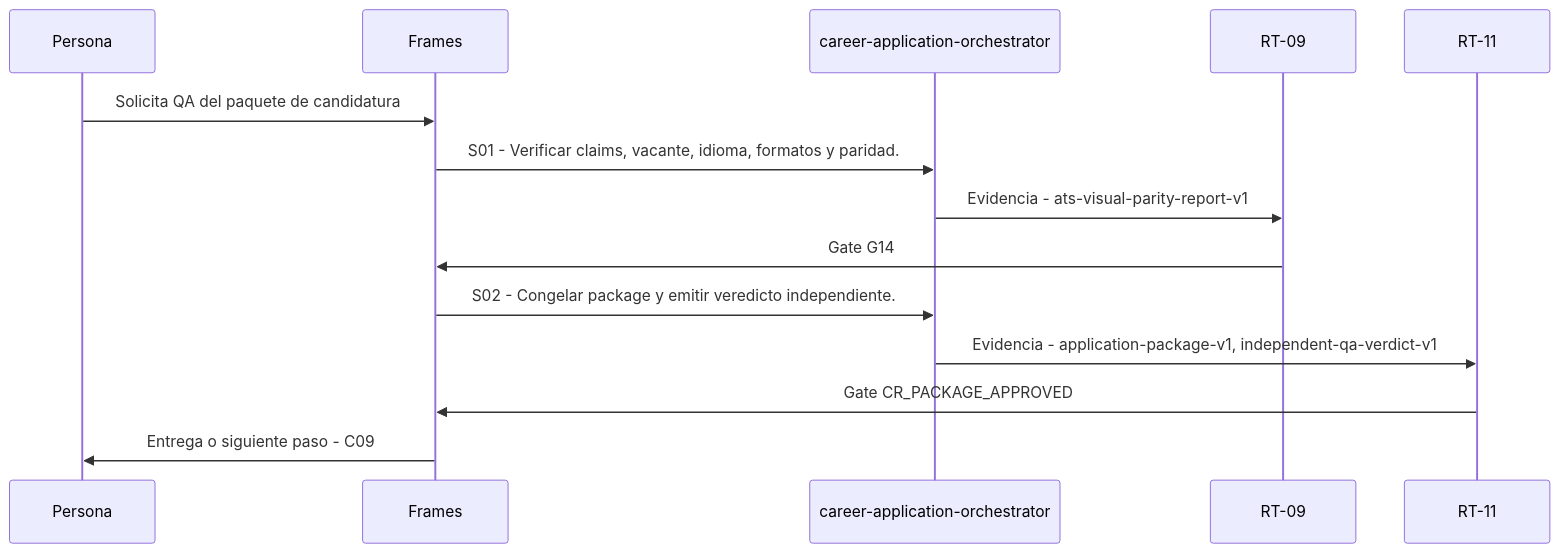
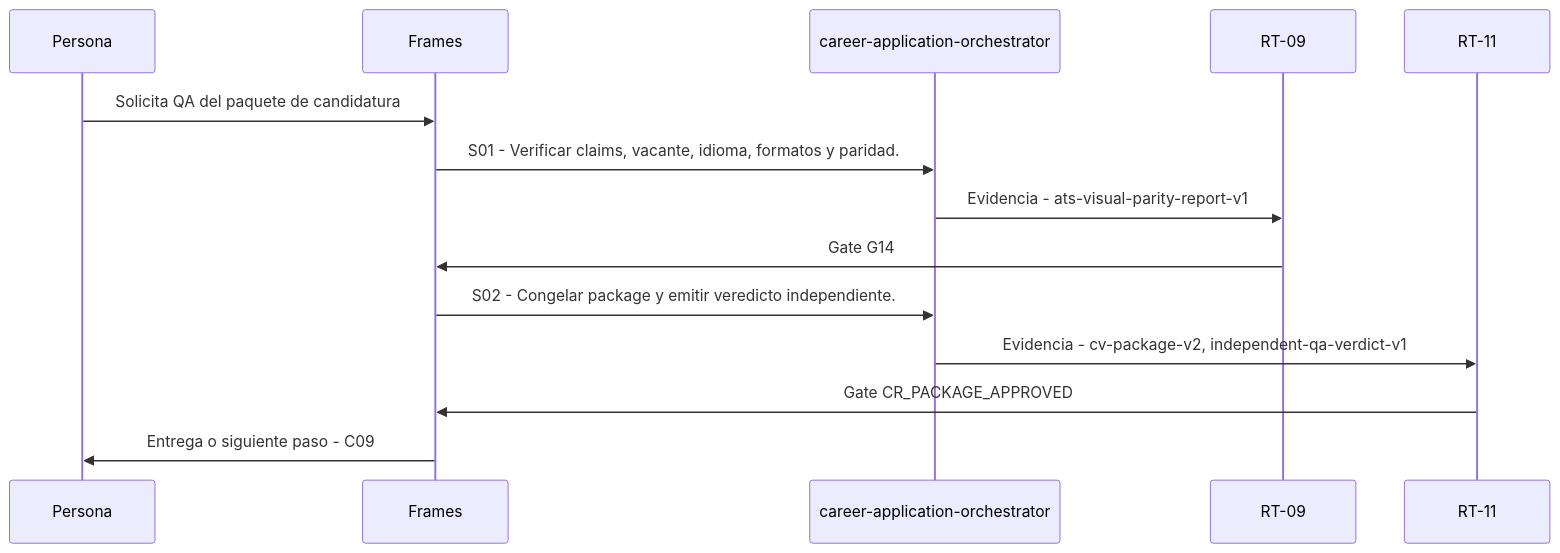
One commit to Francixco90/metodologia-frames-agent-os changed the diagram in 01_intencion/reference/workflows/c08.md. Above: the diagram before and after it, drawn with Mermaid. The commit also changed other lines of this file and 18 other files, not shown here.

````diff
--- a/01_intencion/reference/workflows/c08.md
+++ b/01_intencion/reference/workflows/c08.md
@@ -43,16 +42,16 @@
 ```mermaid
 sequenceDiagram
   participant a0_Persona as Persona
   participant a1_Frames as Frames
   participant a2_career_application_orchestrator as career-application-orchestrator
   participant a3_RT_09 as RT-09
   participant a4_RT_11 as RT-11
   a0_Persona->>a1_Frames: Solicita QA del paquete de candidatura
   a1_Frames->>a2_career_application_orchestrator: S01 - Verificar claims, vacante, idioma, formatos y paridad.
   a2_career_application_orchestrator->>a3_RT_09: Evidencia - ats-visual-parity-report-v1
   a3_RT_09->>a1_Frames: Gate G14
   a1_Frames->>a2_career_application_orchestrator: S02 - Congelar package y emitir veredicto independiente.
-  a2_career_application_orchestrator->>a4_RT_11: Evidencia - application-package-v1, independent-qa-verdict-v1
+  a2_career_application_orchestrator->>a4_RT_11: Evidencia - cv-package-v2, independent-qa-verdict-v1
   a4_RT_11->>a1_Frames: Gate CR_PACKAGE_APPROVED
   a1_Frames->>a0_Persona: Entrega o siguiente paso - C09
 ```
````
